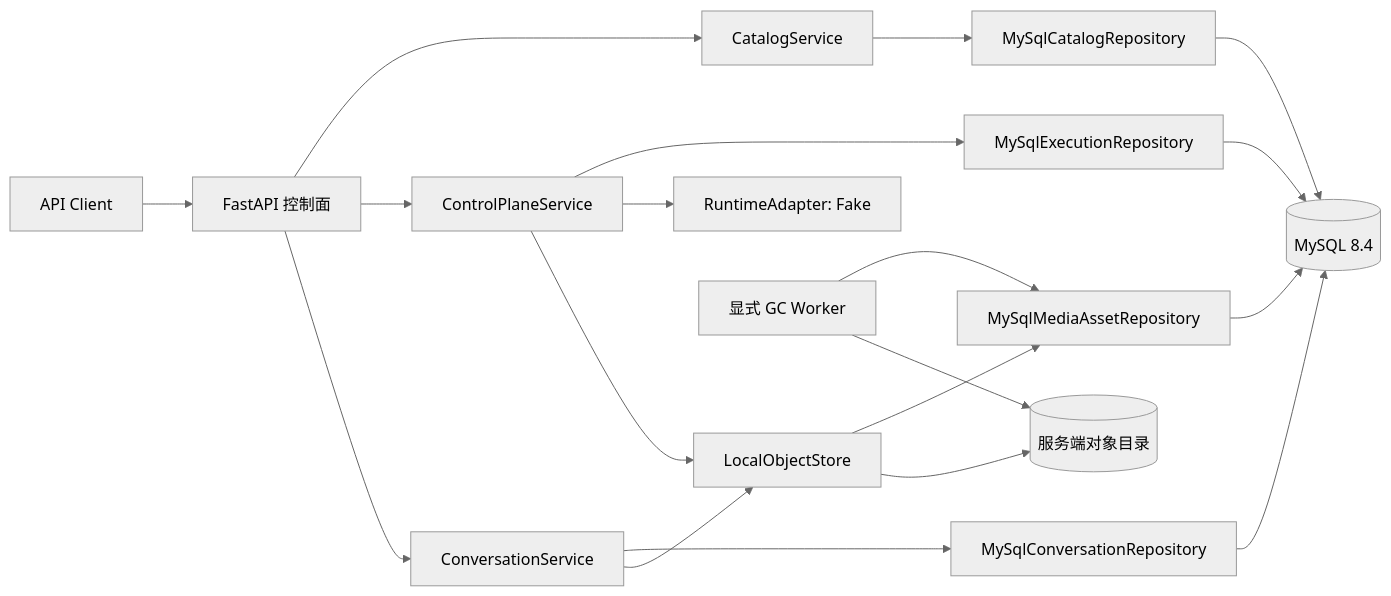
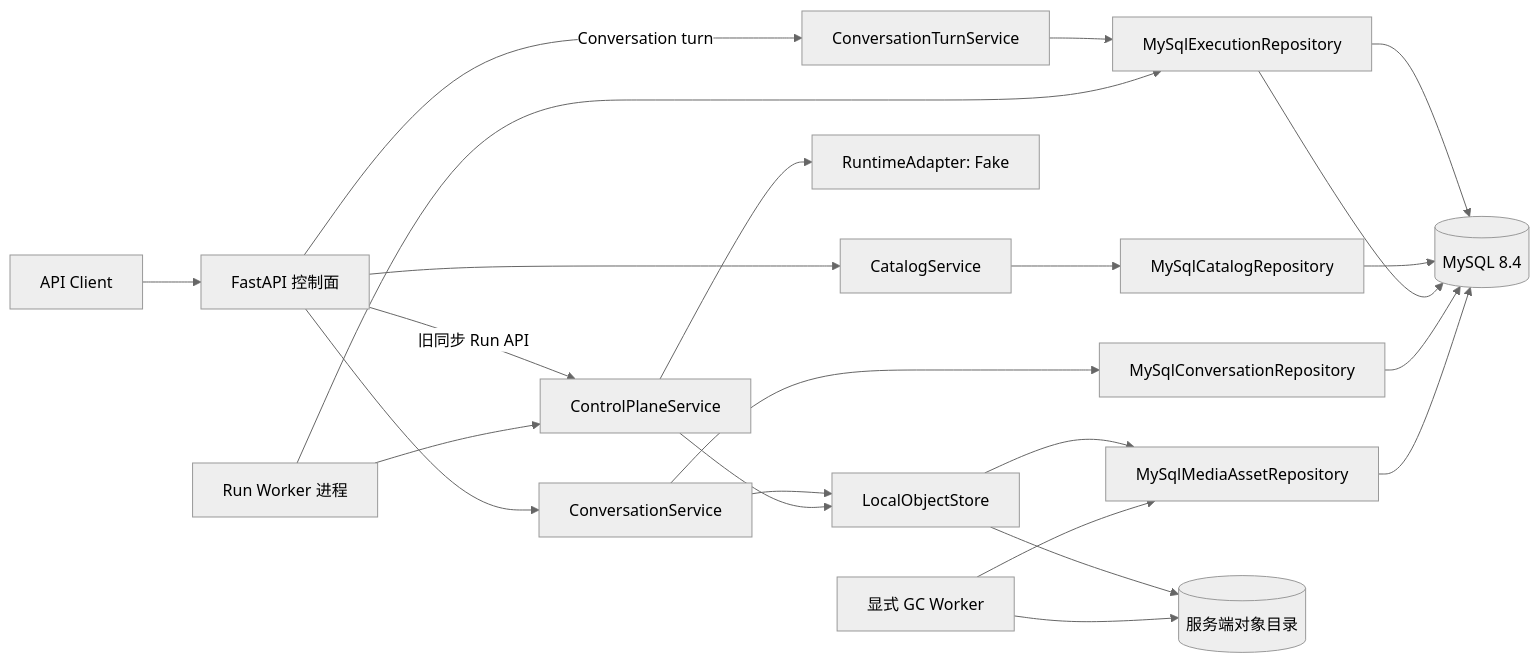
One commit to liulisheng/agentDemo changed the first of 9 diagrams in docs/本地控制面闭环与运维.md. Above: the diagram before and after it, drawn with Mermaid (neutral theme). The commit also changed other lines of this file and 132 other files, not shown here.

````diff
--- a/docs/本地控制面闭环与运维.md
+++ b/docs/本地控制面闭环与运维.md
@@ -13,21 +13,25 @@
 ```mermaid
 flowchart LR
     Client[API Client] --> API[FastAPI 控制面]
     API --> Catalog[CatalogService]
-    API --> Control[ControlPlaneService]
+    API -->|旧同步 Run API| Control[ControlPlaneService]
+    API -->|Conversation turn| Turn[ConversationTurnService]
+    Turn --> ExecRepo[MySqlExecutionRepository]
+    ExecRepo --> DB[(MySQL 8.4)]
+    Worker[Run Worker 进程] --> ExecRepo
+    Worker --> Control[ControlPlaneService]
     API --> Conversation[ConversationService]
     Catalog --> CatalogRepo[MySqlCatalogRepository]
-    Control --> ExecRepo[MySqlExecutionRepository]
     Control --> Runtime[RuntimeAdapter: Fake]
     Conversation --> ConversationRepo[MySqlConversationRepository]
     Conversation --> Store[LocalObjectStore]
     Control --> Store
     CatalogRepo --> DB[(MySQL 8.4)]
     ExecRepo --> DB
     ConversationRepo --> DB
     Store --> AssetRepo[MySqlMediaAssetRepository]
     AssetRepo --> DB
     Store --> Files[(服务端对象目录)]
     GC[显式 GC Worker] --> AssetRepo
     GC --> Files
 ```
````
